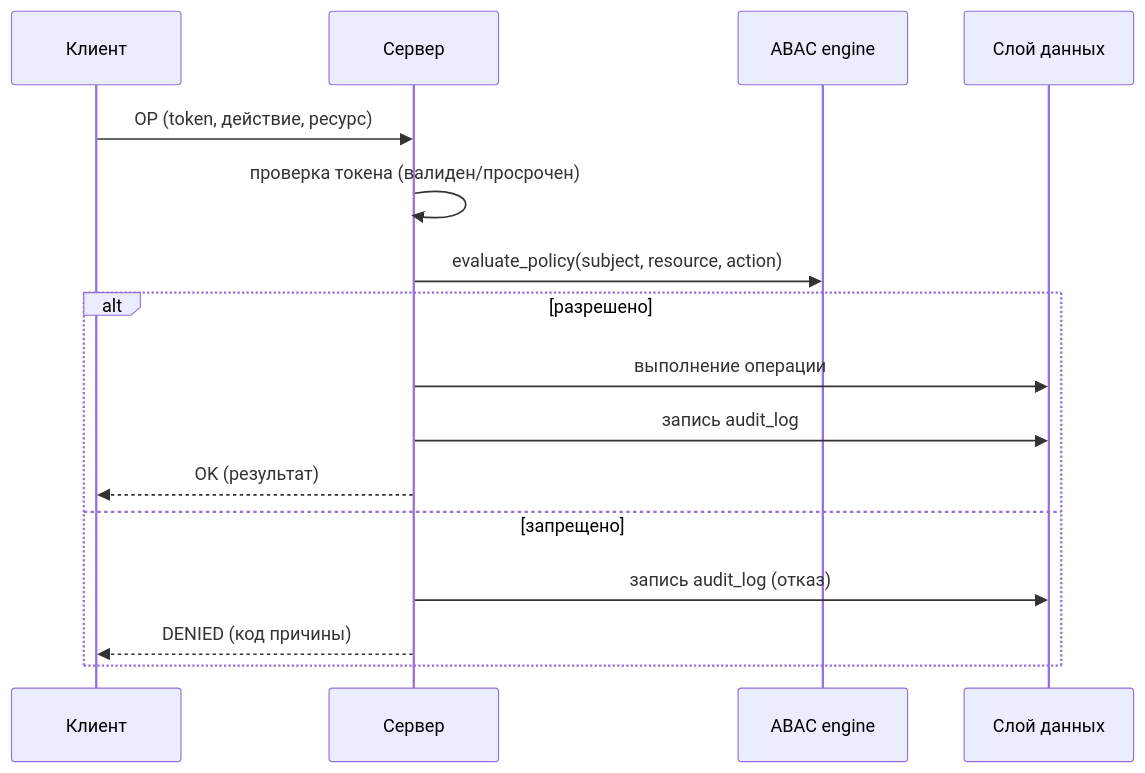
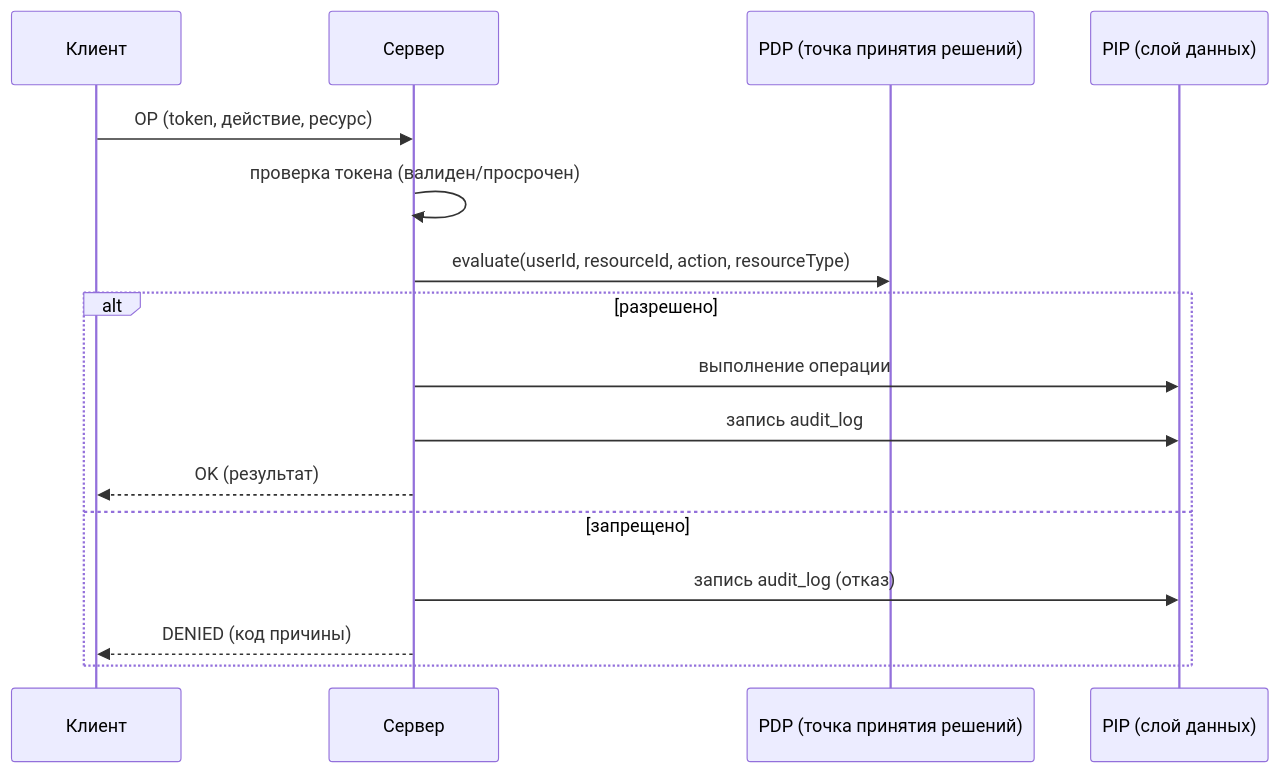
One commit to DKlintukhov/netaccess changed the third of 3 diagrams in docs/architecture.md. Above: the diagram before and after it, drawn with Mermaid. The commit also changed other lines of this file and 2 other files, not shown here.

First line of the commit message:
docs: update to PEP/PDP/PAP/PIP ABAC architecture

````diff
--- a/docs/architecture.md
+++ b/docs/architecture.md
@@ -119,19 +122,19 @@
 ```mermaid
 sequenceDiagram
     participant C as Клиент
     participant S as Сервер
-    participant P as ABAC engine
-    participant D as Слой данных
+    participant P as PDP (точка принятия решений)
+    participant D as PIP (слой данных)
 
     C->>S: OP (token, действие, ресурс)
     S->>S: проверка токена (валиден/просрочен)
-    S->>P: evaluate_policy(subject, resource, action)
+    S->>P: evaluate(userId, resourceId, action, resourceType)
     alt разрешено
         S->>D: выполнение операции
         S->>D: запись audit_log
         S-->>C: OK (результат)
     else запрещено
         S->>D: запись audit_log (отказ)
         S-->>C: DENIED (код причины)
     end
 ```
````
